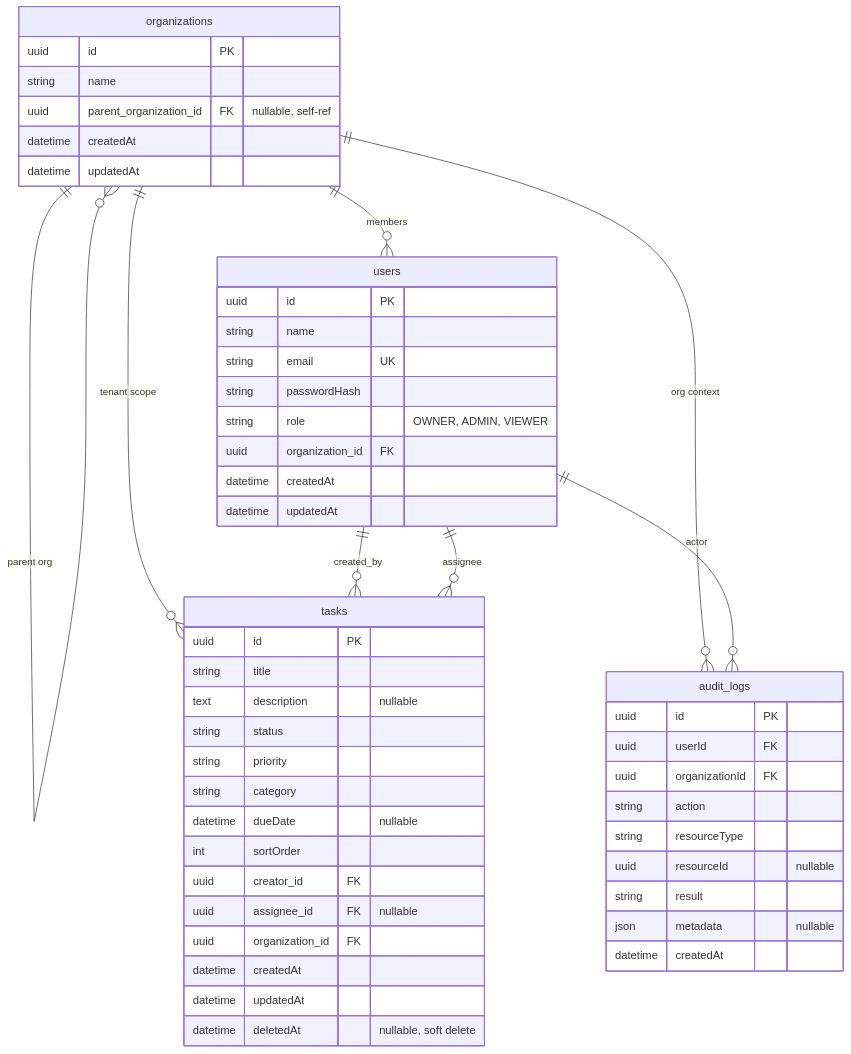
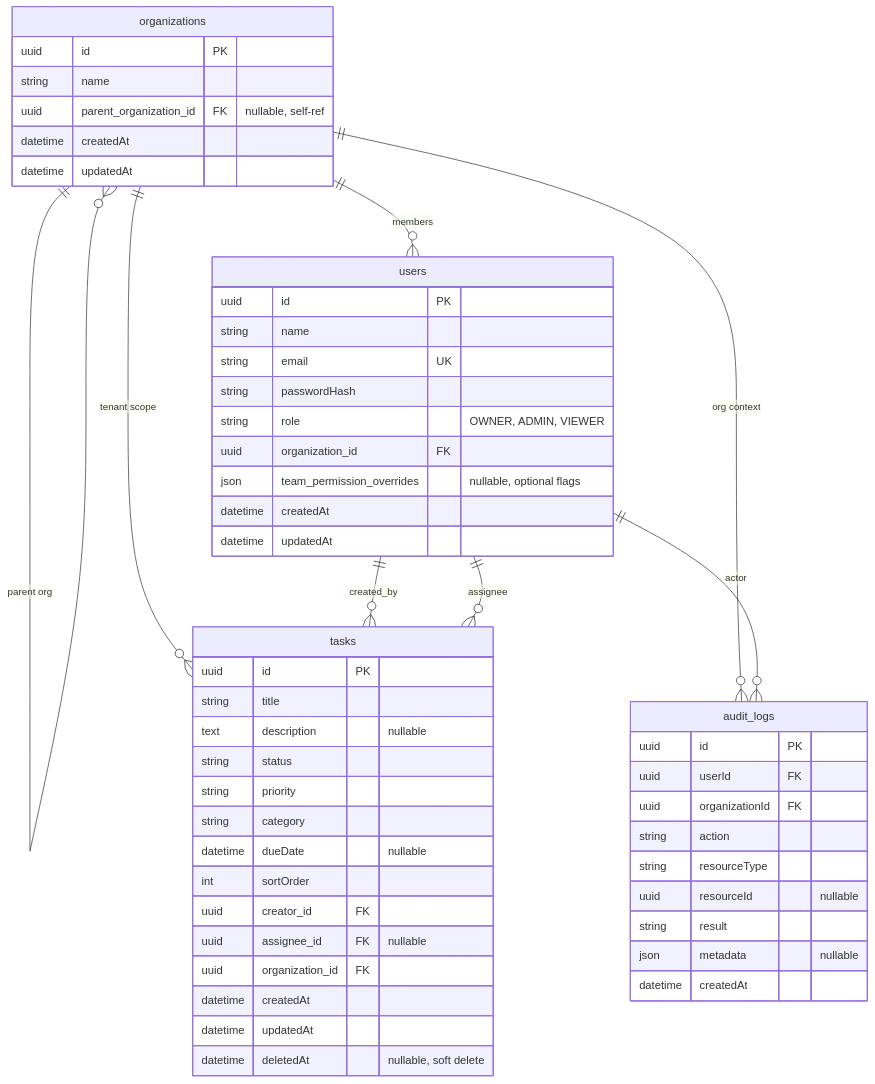
Before and after one commit to ypatodkar/ypatodkar-46e3637e-794e-4706-a78e-8a4e9779520e: the diagram in README.md, drawn with Mermaid. The commit also changed other lines of this file and 16 other files, not shown here.

First line of the commit message:
feat: team permission matrix, viewer UX fixes, docs and e2e

````diff
--- a/README.md
+++ b/README.md
@@ -76,60 +88,61 @@
 ```mermaid
 erDiagram
   organizations {
     uuid id PK
     string name
     uuid parent_organization_id FK "nullable, self-ref"
     datetime createdAt
     datetime updatedAt
   }
 
   users {
     uuid id PK
     string name
     string email UK
     string passwordHash
     string role "OWNER, ADMIN, VIEWER"
     uuid organization_id FK
+    json team_permission_overrides "nullable, optional flags"
     datetime createdAt
     datetime updatedAt
   }
 
   tasks {
     uuid id PK
     string title
     text description "nullable"
     string status
     string priority
     string category
     datetime dueDate "nullable"
     int sortOrder
     uuid creator_id FK
     uuid assignee_id FK "nullable"
     uuid organization_id FK
     datetime createdAt
     datetime updatedAt
     datetime deletedAt "nullable, soft delete"
   }
 
   audit_logs {
     uuid id PK
     uuid userId FK
     uuid organizationId FK
     string action
     string resourceType
     uuid resourceId "nullable"
     string result
     json metadata "nullable"
     datetime createdAt
   }
 
   organizations ||--o{ organizations : "parent org"
 
   organizations ||--o{ users : "members"
   organizations ||--o{ tasks : "tenant scope"
   organizations ||--o{ audit_logs : "org context"
 
   users ||--o{ tasks : "created_by"
   users ||--o{ tasks : "assignee"
   users ||--o{ audit_logs : "actor"
 ```
````
